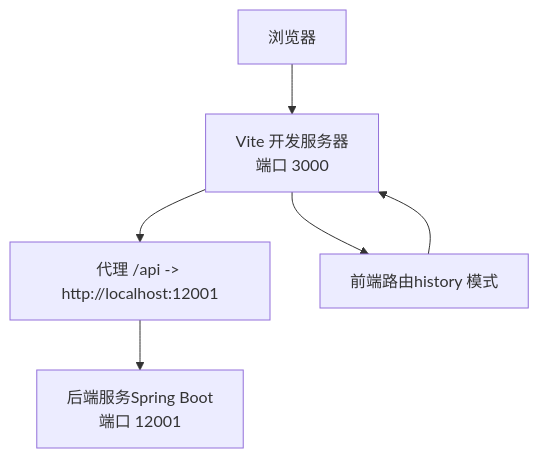
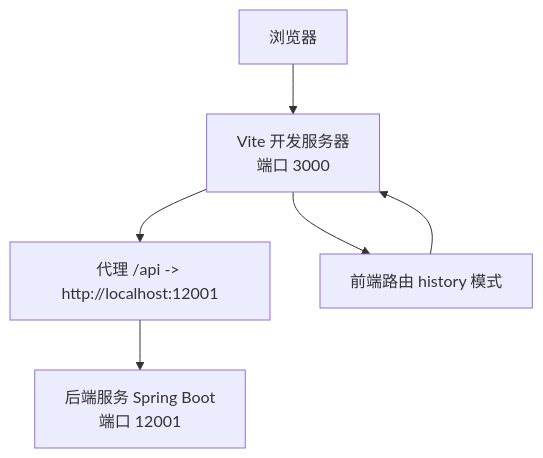
One commit to hecong/hc-vue-demo changed the fourth of 7 diagrams in .qoder/repowiki/zh/content/快速开始.md. Above: the diagram before and after it, drawn with Mermaid. The commit also changed other lines of this file and 48 other files, not shown here.

````diff
--- a/.qoder/repowiki/zh/content/快速开始.md
+++ b/.qoder/repowiki/zh/content/快速开始.md
@@ -95,8 +192,8 @@
 ```mermaid
 graph TB
 U["浏览器"] --> V["Vite 开发服务器<br/>端口 3000"]
 V --> P["代理 /api -> http://localhost:12001"]
-P --> S["后端服务Spring Boot<br/>端口 12001"]
-V --> R["前端路由history 模式"]
+P --> S["后端服务 Spring Boot<br/>端口 12001"]
+V --> R["前端路由 history 模式"]
 R --> V
 ```
````
